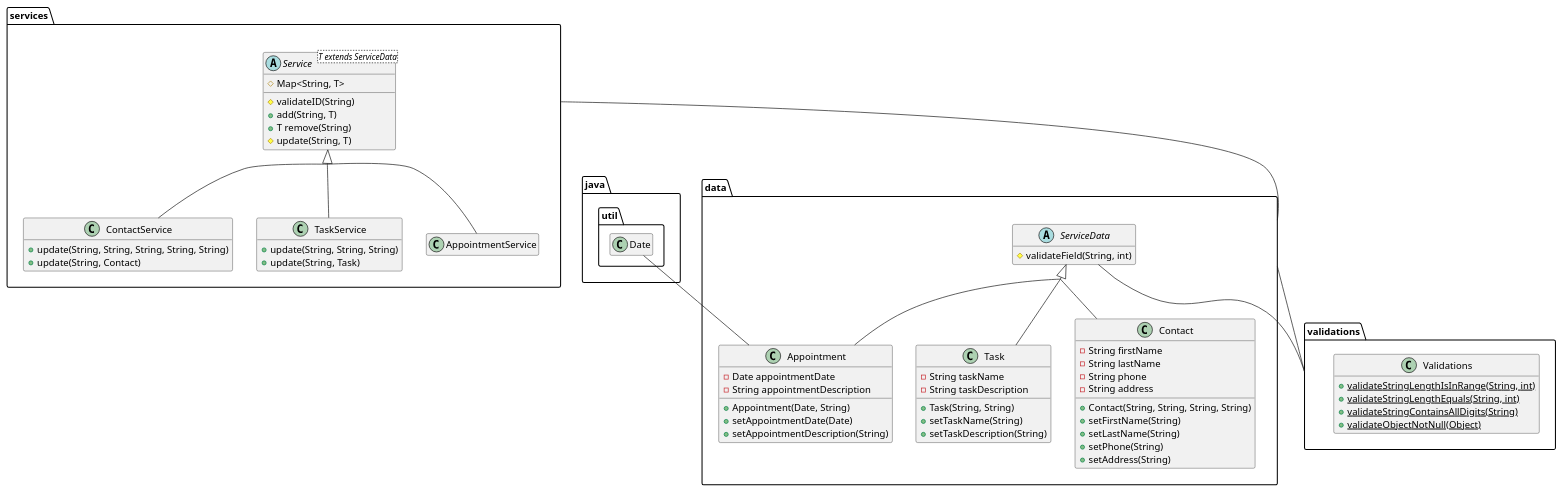
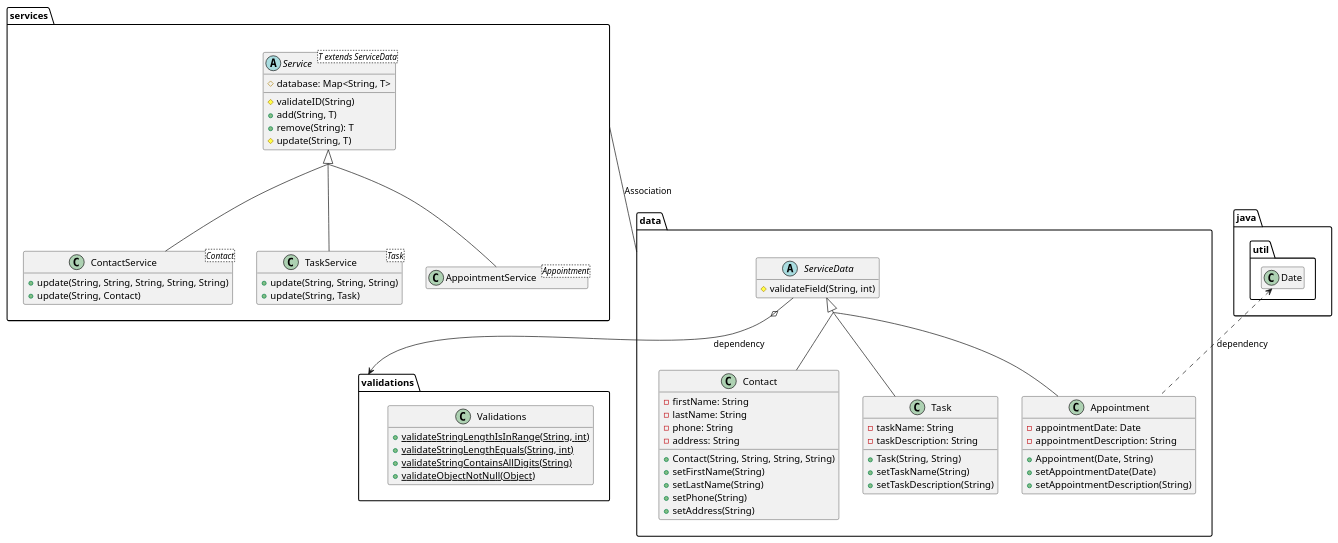
The diagram in src/main/resources/Service UML Diagram.puml (Afshin-A/CS320-Project1), drawn with PlantUML before and after one commit.

Commit message:
Updated UML diagram.

```diff
--- a/src/main/resources/Service UML Diagram.puml
+++ b/src/main/resources/Service UML Diagram.puml
@@ -1,87 +1,85 @@
 @startuml
 
 skinparam groupInheritance 2
 page 2x2
 skinparam pageMargin 10
 skinparam pageExternalColor gray
 skinparam pageBorderColor black
 hide empty members
 
 'skinparam genericDisplay old
 
 
 package services {
     abstract class Service<T extends ServiceData> {
-        #Map<String, T>
-        #validateID(String)
-        +add(String, T)
-        +T remove(String)
-        #update(String, T)
+        # database: Map<String, T>
+        # validateID(String)
+        + add(String, T)
+        + remove(String): T
+        # update(String, T)
     }
-    class ContactService extends Service {
-        +update(String, String, String, String, String)
-        +update(String, Contact)
+    class ContactService<Contact> extends Service {
+        + update(String, String, String, String, String)
+        + update(String, Contact)
     }
-    class TaskService extends Service {
-        +update(String, String, String)
-        +update(String, Task)
+    class TaskService<Task> extends Service {
+        + update(String, String, String)
+        + update(String, Task)
     }
-    class AppointmentService extends Service {
+    class AppointmentService<Appointment> extends Service {
 
     }
 }
 
 package data {
     abstract class ServiceData {
-        #validateField(String, int)
+        # validateField(String, int)
     }
     class Contact extends ServiceData {
-        -String firstName
-        -String lastName
-        -String phone
-        -String address
-        +Contact(String, String, String, String)
-        +setFirstName(String)
-        +setLastName(String)
-        +setPhone(String)
-        +setAddress(String)
+        - firstName: String
+        - lastName: String
+        - phone: String
+        - address: String
+        + Contact(String, String, String, String)
+        + setFirstName(String)
+        + setLastName(String)
+        + setPhone(String)
+        + setAddress(String)
     }
     class Task extends ServiceData {
-        -String taskName
-        -String taskDescription
-        +Task(String, String)
-        +setTaskName(String)
-        +setTaskDescription(String)
+        - taskName: String
+        - taskDescription: String
+        + Task(String, String)
+        + setTaskName(String)
+        + setTaskDescription(String)
     }
     class Appointment extends ServiceData {
-        -Date appointmentDate
-        -String appointmentDescription
-        +Appointment(Date, String)
-        +setAppointmentDate(Date)
-        +setAppointmentDescription(String)
+        - appointmentDate: Date
+        - appointmentDescription: String
+        + Appointment(Date, String)
+        + setAppointmentDate(Date)
+        + setAppointmentDescription(String)
     }
 }
 
 
 package validations {
     class Validations {
-        {static} +validateStringLengthIsInRange(String, int)
-        {static} +validateStringLengthEquals(String, int)
-        {static} +validateStringContainsAllDigits(String)
-        {static} +validateObjectNotNull(Object)
+        {static} + validateStringLengthIsInRange(String, int)
+        {static} + validateStringLengthEquals(String, int)
+        {static} + validateStringContainsAllDigits(String)
+        {static} + validateObjectNotNull(Object)
     }
 '    note left of Validations::validateObjectNotNull
 '    "Test"
 '    end note
 }
 
 class java.util.Date
 
-services -- data
-data -- validations
-ServiceData -- validations
-java.util.Date -- Appointment
-
+services -- data: Association
+ServiceData o--> validations: dependency
+java.util.Date <-[dashed]- Appointment: dependency
 
 
 @enduml
```
